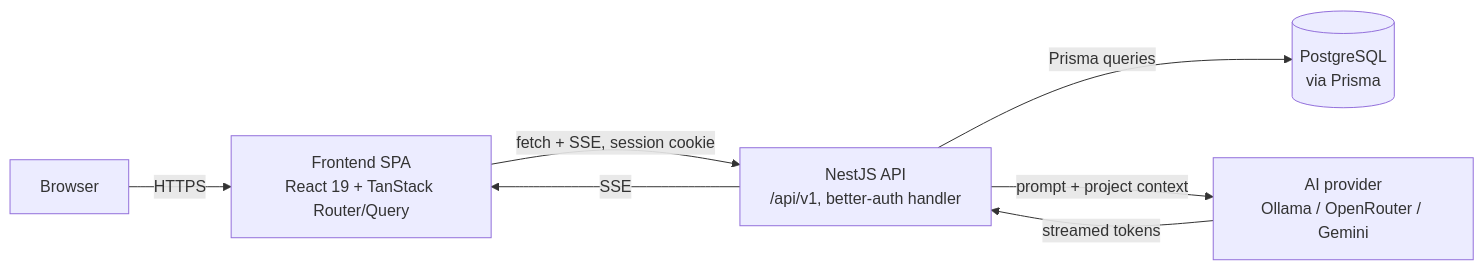
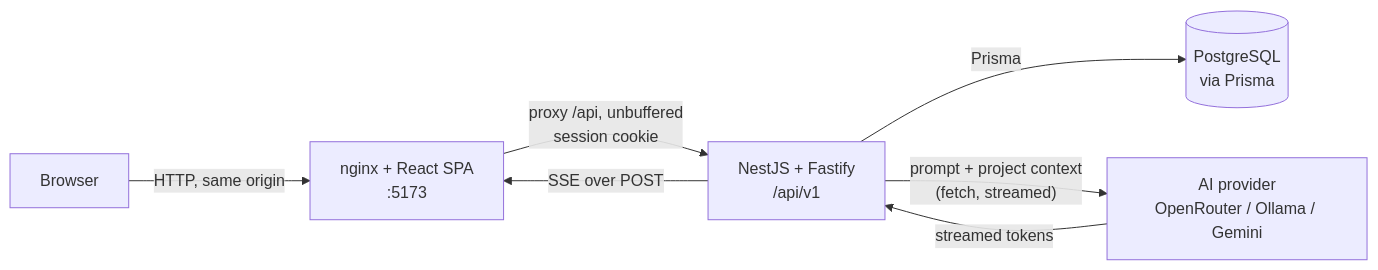
The first of 3 diagrams in README.md (robbywh/lmesh-cmf-assistant), drawn with Mermaid before and after one commit. The commit also changed other lines of this file and 21 other files, not shown here.

````diff
--- a/README.md
+++ b/README.md
@@ -51,15 +125,15 @@
 ```mermaid
 flowchart LR
     Browser["Browser"]
-    FE["Frontend SPA<br/>React 19 + TanStack Router/Query"]
-    API["NestJS API<br/>/api/v1, better-auth handler"]
+    FE["nginx + React SPA<br/>:5173"]
+    API["NestJS + Fastify<br/>/api/v1"]
     DB[("PostgreSQL<br/>via Prisma")]
-    AI["AI provider<br/>Ollama / OpenRouter / Gemini"]
+    AI["AI provider<br/>OpenRouter / Ollama / Gemini"]
 
-    Browser -->|HTTPS| FE
-    FE -->|"fetch + SSE, session cookie"| API
-    API -->|Prisma queries| DB
-    API -->|"prompt + project context"| AI
-    AI -->|streamed tokens| API
-    API -->|SSE| FE
+    Browser -->|"HTTP, same origin"| FE
+    FE -->|"proxy /api, unbuffered<br/>session cookie"| API
+    API -->|"Prisma"| DB
+    API -->|"prompt + project context<br/>(fetch, streamed)"| AI
+    AI -->|"streamed tokens"| API
+    API -->|"SSE over POST"| FE
 ```
````
